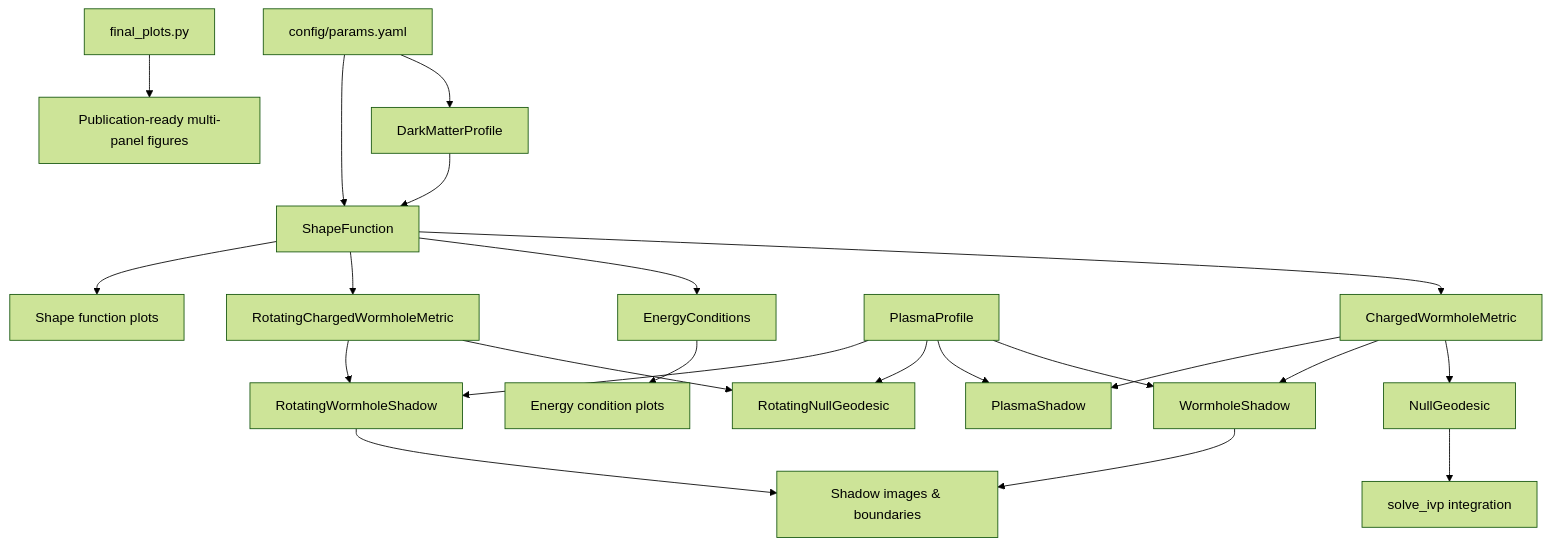
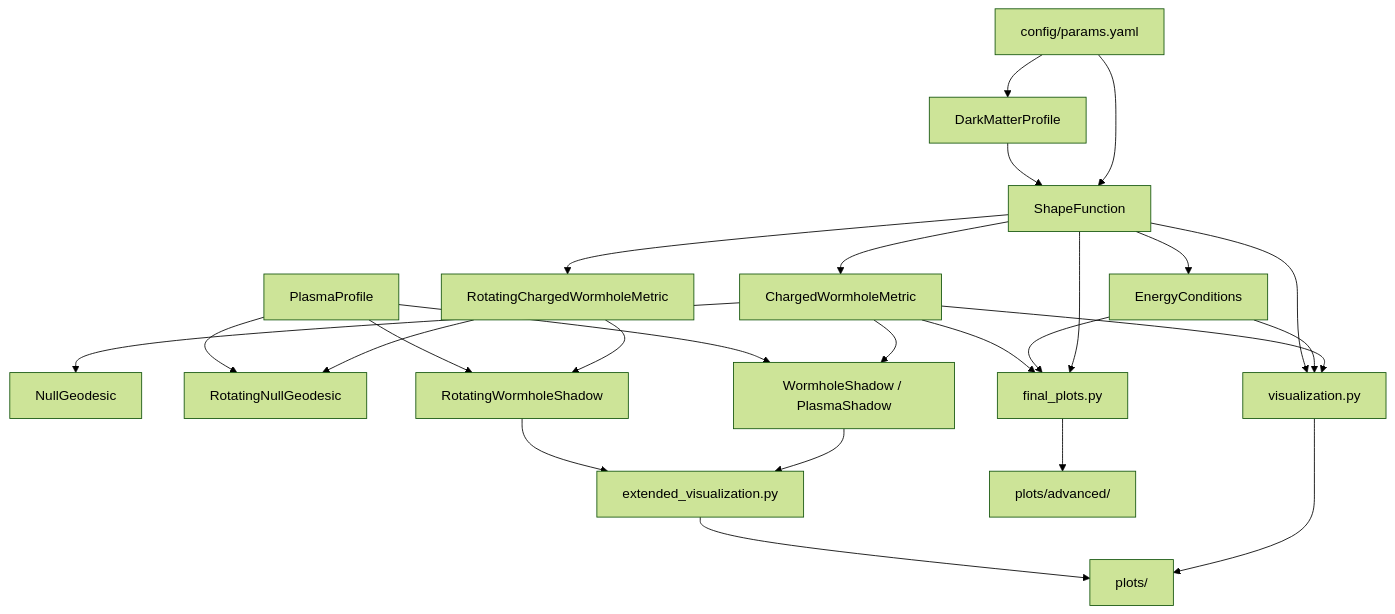
The diagram in README.md (Soyebsoyeb/charged-galactic-wormhole-shadow-analysis), drawn with Mermaid (forest theme) before and after one commit. The commit also changed other lines of this file, not shown here.

````diff
--- a/README.md
+++ b/README.md
@@ -241,24 +200,27 @@
 ```mermaid
-graph TD
-    A[config/params.yaml] --> B[DarkMatterProfile]
-    A --> C[ShapeFunction]
-    B --> C
-    C --> D[ChargedWormholeMetric]
-    C --> E[EnergyConditions]
-    C --> F[RotatingChargedWormholeMetric]
-    D --> G[NullGeodesic]
-    D --> H[WormholeShadow]
-    D --> I[PlasmaShadow]
-    F --> J[RotatingNullGeodesic]
-    F --> K[RotatingWormholeShadow]
-    L[PlasmaProfile] --> H
-    L --> I
-    L --> J
-    L --> K
-    G --> M[solve_ivp integration]
-    H --> N[Shadow images & boundaries]
-    K --> N
-    E --> O[Energy condition plots]
-    C --> P[Shape function plots]
-    Q[final_plots.py] --> R[Publication-ready multi-panel figures]
+flowchart TD
+    CFG[config/params.yaml] --> DM[DarkMatterProfile]
+    CFG --> SF[ShapeFunction]
+    DM --> SF
+    SF --> MET[ChargedWormholeMetric]
+    SF --> METROT[RotatingChargedWormholeMetric]
+    SF --> EC[EnergyConditions]
+    MET --> GEO[NullGeodesic]
+    METROT --> GEOROT[RotatingNullGeodesic]
+    PL[PlasmaProfile] --> GEOROT
+    MET --> SHW[WormholeShadow / PlasmaShadow]
+    PL --> SHW
+    METROT --> SHWROT[RotatingWormholeShadow]
+    PL --> SHWROT
+    MET --> VIS[visualization.py]
+    EC --> VIS
+    SF --> VIS
+    SHW --> EXTVIS[extended_visualization.py]
+    SHWROT --> EXTVIS
+    VIS --> PLOTS[plots/]
+    EXTVIS --> PLOTS
+    SF --> ADV[final_plots.py]
+    EC --> ADV
+    MET --> ADV
+    ADV --> PLOTSADV[plots/advanced/]
 ```
````
